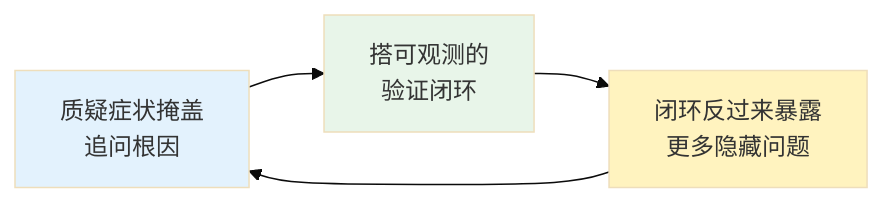
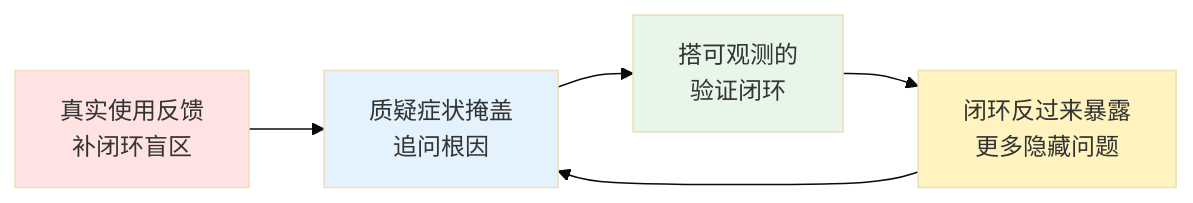
Before and after one commit to puppylpg/puppylpg.github.io: the second of 2 diagrams in _tutorials/2026-06-13-mermaid-rendering-debug-workflow.md, drawn with Mermaid (base theme). The commit also changed other lines of this file and 1 other file, not shown here.

First line of the commit message:
修复 Mermaid 冷加载渲染：用 fonts loadingdone 自愈

````diff
--- a/_tutorials/2026-06-13-mermaid-rendering-debug-workflow.md
+++ b/_tutorials/2026-06-13-mermaid-rendering-debug-workflow.md
@@ -158,10 +201,12 @@
 ```mermaid
 flowchart LR
   A[质疑症状掩盖<br/>追问根因] --> B[搭可观测的<br/>验证闭环]
   B --> C[闭环反过来暴露<br/>更多隐藏问题]
   C --> A
+  D[真实使用反馈<br/>补闭环盲区] --> A
 
   style A fill:#e3f2fd
   style B fill:#e8f5e9
   style C fill:#fff3bf
+  style D fill:#ffe3e3
 ```
````
